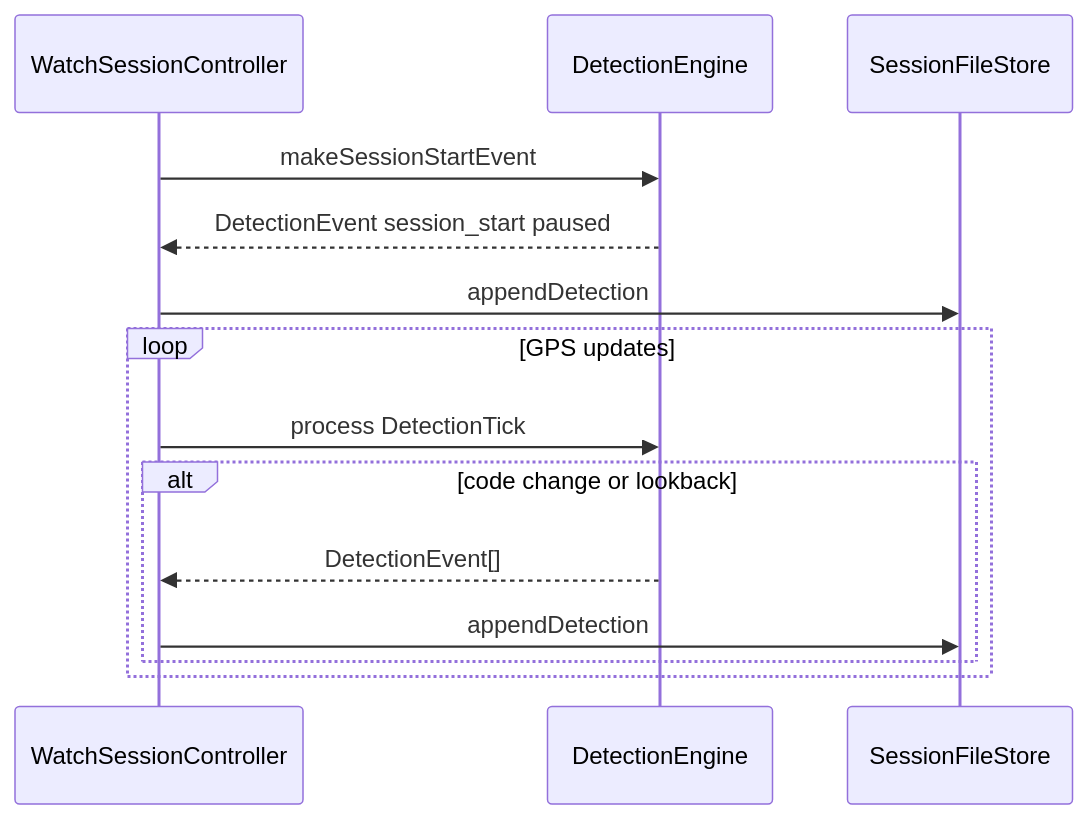
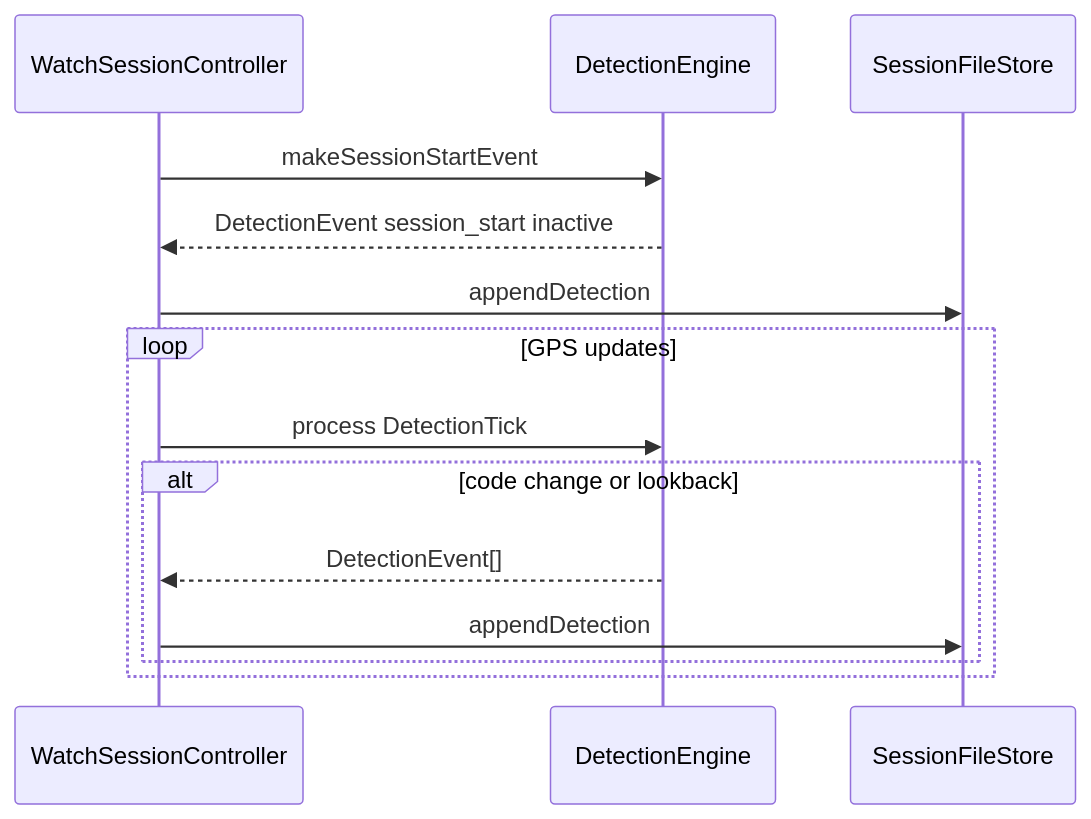
The second of 2 diagrams in Docs/DESIGN.md (DCSBL/rppl), drawn with Mermaid before and after one commit. The commit also changed other lines of this file and 37 other files, not shown here.

First line of the commit message:
refactor(detection): rename paused code to inactive

````diff
--- a/Docs/DESIGN.md
+++ b/Docs/DESIGN.md
@@ -45,16 +45,16 @@
 ```mermaid
 sequenceDiagram
   participant WSC as WatchSessionController
   participant Engine as DetectionEngine
   participant Store as SessionFileStore
   WSC->>Engine: makeSessionStartEvent
-  Engine-->>WSC: DetectionEvent session_start paused
+  Engine-->>WSC: DetectionEvent session_start inactive
   WSC->>Store: appendDetection
   loop GPS updates
     WSC->>Engine: process DetectionTick
     alt code change or lookback
       Engine-->>WSC: DetectionEvent[]
       WSC->>Store: appendDetection
     end
   end
 ```
````
